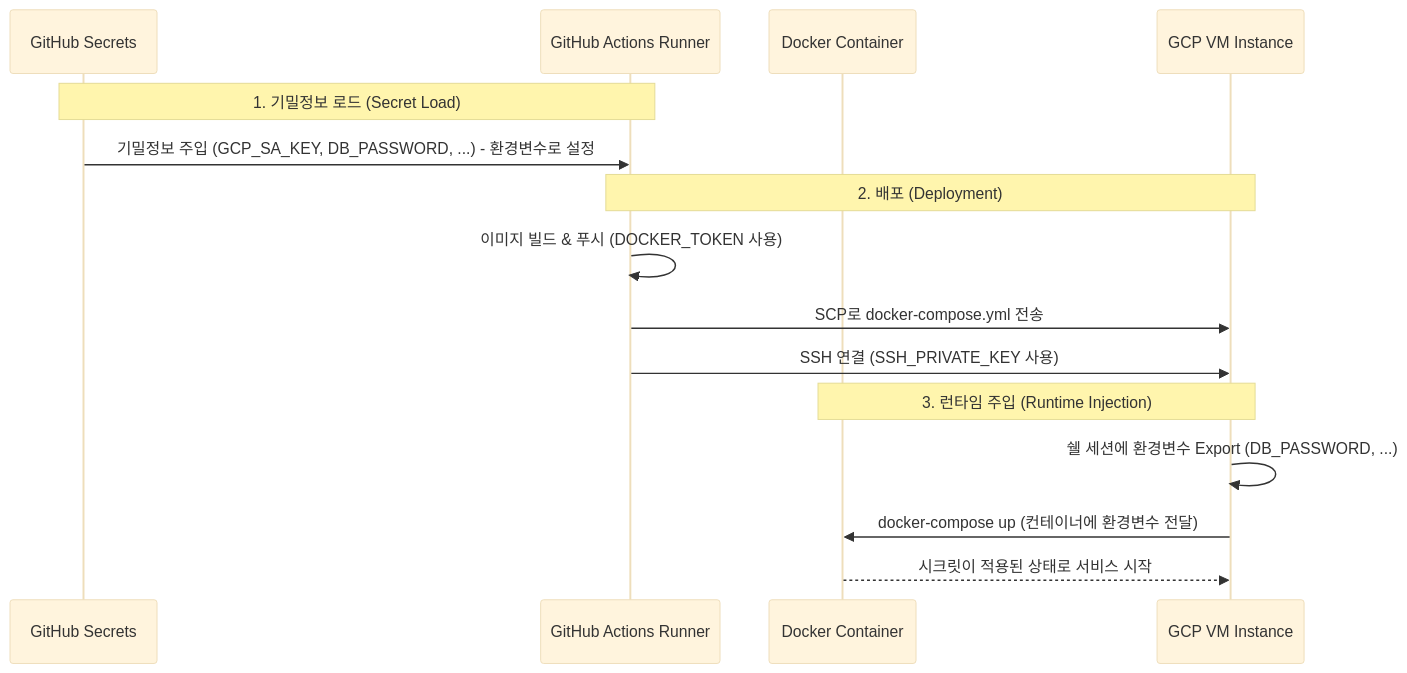
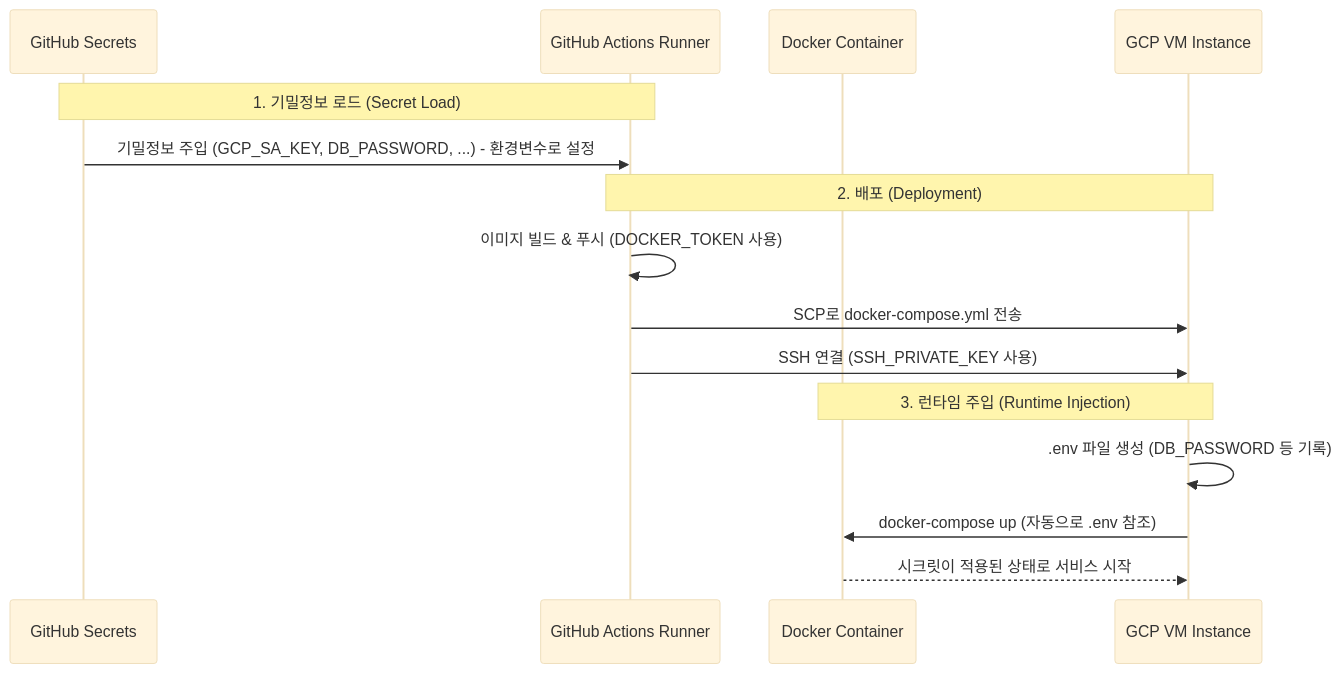
Before and after one commit to Blaybus212/backend: the diagram in docs/adr/004-establish-deployment-pipeline-with-github-actions.md, drawn with Mermaid (base theme). The commit also changed other lines of this file and 3 other files, not shown here.

````diff
--- a/docs/adr/004-establish-deployment-pipeline-with-github-actions.md
+++ b/docs/adr/004-establish-deployment-pipeline-with-github-actions.md
@@ -49,20 +50,20 @@
 ```mermaid
 sequenceDiagram
     participant GH as GitHub Secrets
     participant Runner as GitHub Actions Runner
     participant Docker as Docker Container
     participant VM as GCP VM Instance
 
     Note over GH, Runner: 1. 기밀정보 로드 (Secret Load)
     GH->>Runner: 기밀정보 주입 (GCP_SA_KEY, DB_PASSWORD, ...) - 환경변수로 설정
 
     Note over Runner, VM: 2. 배포 (Deployment)
     Runner->>Runner: 이미지 빌드 & 푸시 (DOCKER_TOKEN 사용)
     Runner->>VM: SCP로 docker-compose.yml 전송
     Runner->>VM: SSH 연결 (SSH_PRIVATE_KEY 사용)
 
     Note over VM, Docker: 3. 런타임 주입 (Runtime Injection)
-    VM->>VM: 쉘 세션에 환경변수 Export (DB_PASSWORD, ...)
-    VM->>Docker: docker-compose up (컨테이너에 환경변수 전달)
+    VM->>VM: .env 파일 생성 (DB_PASSWORD 등 기록)
+    VM->>Docker: docker-compose up (자동으로 .env 참조)
     Docker-->>VM: 시크릿이 적용된 상태로 서비스 시작
 ```
````
